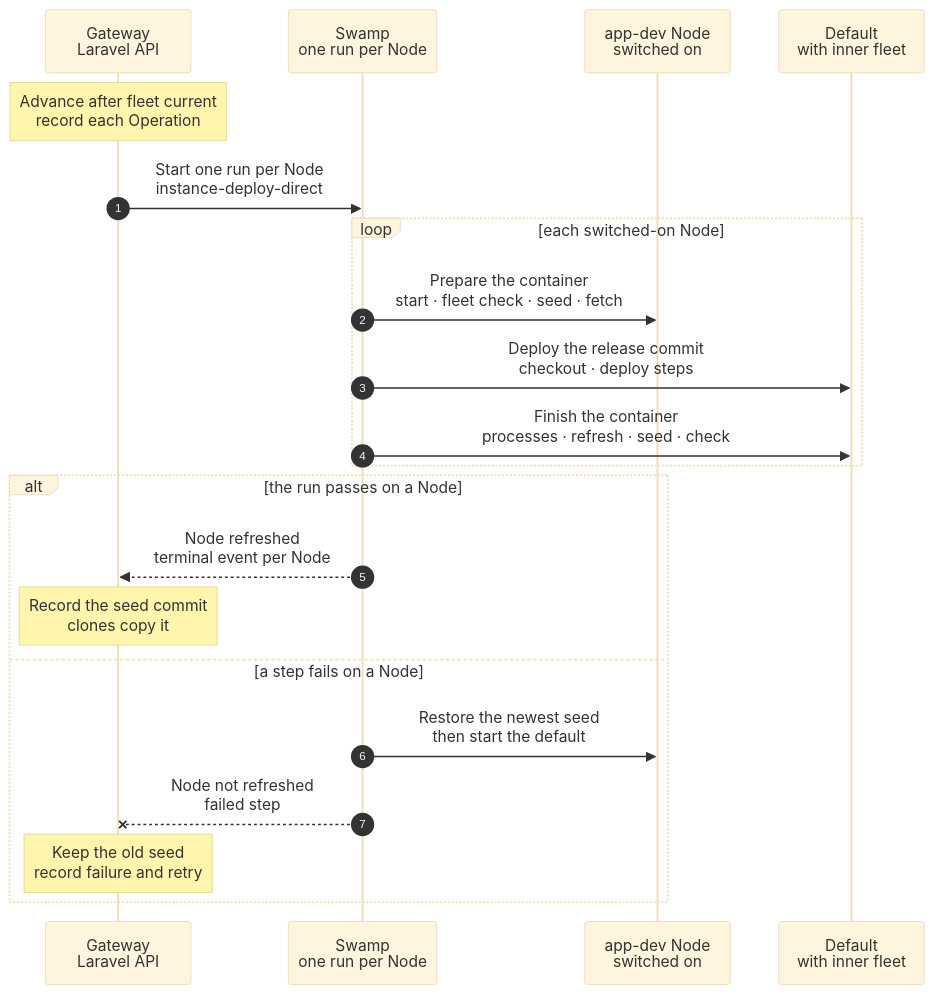
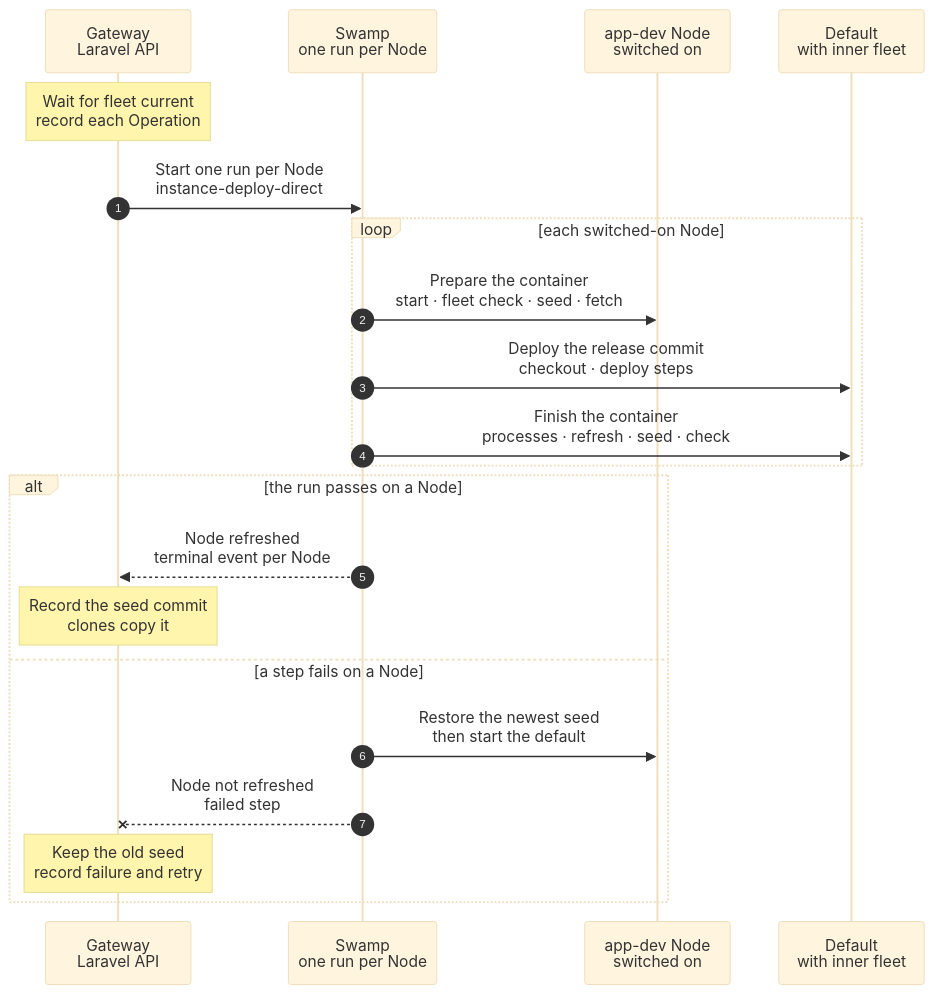
The diagram in docs/reference/pipeline/6-task-image-seed-refresh.mmd (hardimpactdev/orbit), drawn with Mermaid (base theme) before and after one commit. The commit also changed 6 other files, not shown here.

```diff
--- a/docs/reference/pipeline/6-task-image-seed-refresh.mmd
+++ b/docs/reference/pipeline/6-task-image-seed-refresh.mmd
@@ -1,54 +1,54 @@
 sequenceDiagram
   %% Current flow: stage 6 of the command development pipeline. Each Node with the nested-fleet switch keeps the nested-fleet Project's default Instance, an Incus container that holds the inner fleet. After each verified Gateway release, when refresh is enabled, Orbit deploys that default to the release commit, refreshes its fleet and takes the seed snapshot that a task or a new Instance of the Project clones. There is no image publish and no daily run. The per-Node run: docs/cli/instance/container/fleet-refresh.mmd.
   %% status: draft
   %% command: development pipeline stage 6 · per-Node seed refresh
   %% kind: pipeline.6-task-image-seed-refresh
   autonumber
   %% lane GW icon=gateway pill=intent tone=blue
   %% lane SW icon=workflow pill=executes tone=green
   %% lane N icon=server pill=each Node tone=amber
   %% lane C icon=server pill=default tone=purple
   participant GW as Gateway<br/>Laravel API
   participant SW as Swamp<br/>one run per Node
   participant N as app-dev Node<br/>switched on
   participant C as Default<br/>with inner fleet
-  Note over GW: Advance after fleet current<br/>record each Operation
+  Note over GW: Wait for fleet current<br/>record each Operation
   %%> Triggers:
   %%> - fleet current, when refresh is enabled; the five-minute release tick redrives a missed continuation
   %%> When:
   %%> - a default with a clone copy in flight refuses with `instance.clone_in_flight`; the same release retries
   %%> - a default with a deployment open refuses by its Instance lock; nothing queues behind it
   GW->>SW: Start one run per Node<br/>instance-deploy-direct
   %%> Why:
   %%> - each Node keeps its own seed; nothing is copied between Nodes
   loop each switched-on Node
     SW->>N: Prepare the container<br/>start · fleet check · seed · fetch
     %%> What it does:
     %%> - one play: starts the default, checks its running fleet once, keeps the current seed, fetches the release commit
     %%> Why:
     %%> - a later failure then restores a seed that holds the fleet; a failure here changes nothing and restores nothing
     SW->>C: Deploy the release commit<br/>checkout · deploy steps
     %%> What it does:
     %%> - the same steps as every container default deployment
     SW->>C: Finish the container<br/>processes · refresh · seed · check
     %%> What it does:
     %%> - one play: installs the Processes, refreshes the inner fleet (migrate, converge, Doctor, and `base` retaken for the containers whose disk changed), takes the seed snapshot with the Processes stopped, and checks the default
     %%> - refuses the seed when the Club key is a file on the default's disk; the key lives outside it
     %%> - a default with an inner volume: also snapshots the volume under the same name, right after a flush of the volume (`sync -f`); the two snapshots are the seed, and older pairs go after both new halves exist
   end
   alt the run passes on a Node
     SW-->>GW: Node refreshed<br/>terminal event per Node
     Note over GW: Record the seed commit<br/>clones copy it
     %%> Result:
     %%> - one slow Node does not hold the others; existing clones keep their fleet
     %%> - proof Nodes publish the exact seed commit and timestamp through instance.seed_copy; the release retains those Operation IDs
     %%> - a new copy of a default with an inner volume copies both halves: the volume to its own `inner-<id>`, then the container; while the run is open such a copy refuses with `instance.default_seed_in_flight`
   else a step fails on a Node
     SW->>N: Restore the newest seed<br/>then start the default
     %%> What it does:
     %%> - a default with an inner volume needs both halves of the seed before it restores anything, then restores the container and the volume
     SW--xGW: Node not refreshed<br/>failed step
     Note over GW: Keep the old seed<br/>record failure and retry
     %%> Result:
     %%> - the Operation names the failed step; a terminal failure remains visible and can be fixed forward
   end
```
